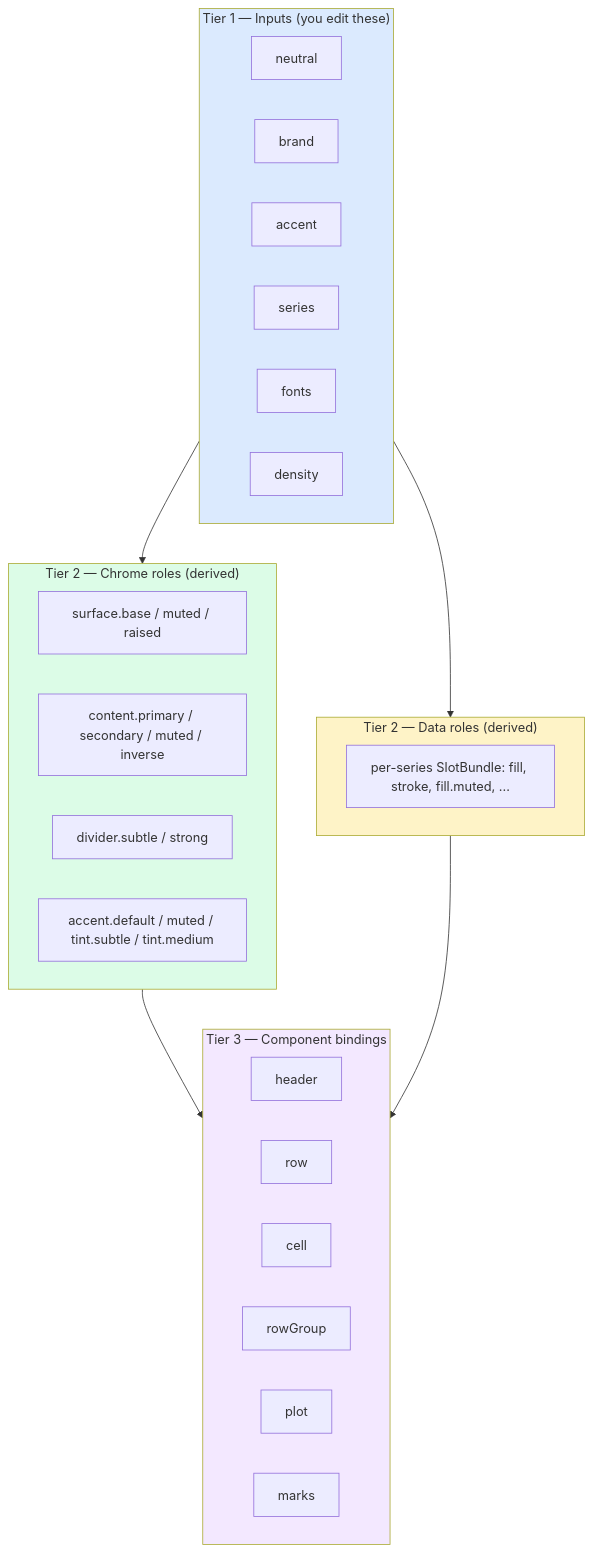
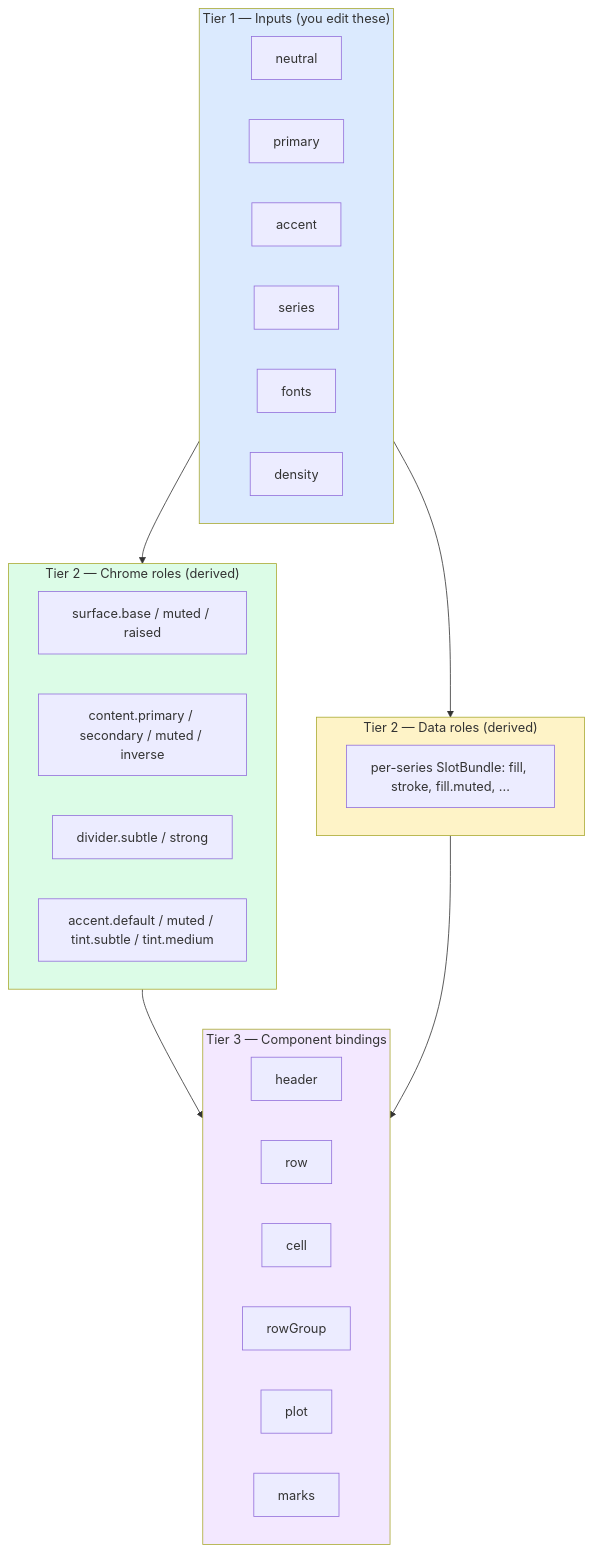
Before and after one commit to kaskarn/tabviz: the second of 2 diagrams in docs/guide/themes.qmd, drawn with Mermaid. The commit also changed other lines of this file and 99 other files, not shown here.

````diff
--- a/docs/guide/themes.qmd
+++ b/docs/guide/themes.qmd
@@ -259,31 +259,31 @@
 ```{mermaid}
 flowchart TB
     subgraph T1["Tier 1 — Inputs (you edit these)"]
-      neutral & brand & accent & series & fonts & density
+      neutral & primary & accent & series & fonts & density
     end
 
     subgraph T2C["Tier 2 — Chrome roles (derived)"]
       surface[surface.base / muted / raised]
       content[content.primary / secondary / muted / inverse]
       divider[divider.subtle / strong]
       tints[accent.default / muted / tint.subtle / tint.medium]
     end
 
     subgraph T2D["Tier 2 — Data roles (derived)"]
       slots[per-series SlotBundle: fill, stroke, fill.muted, ...]
     end
 
     subgraph T3["Tier 3 — Component bindings"]
       header & row & cell & rowGroup & plot & marks
     end
 
     T1 --> T2C
     T1 --> T2D
     T2C --> T3
     T2D --> T3
 
     style T1 fill:#dbeafe
     style T2C fill:#dcfce7
     style T2D fill:#fef3c7
     style T3 fill:#f3e8ff
 ```
````
